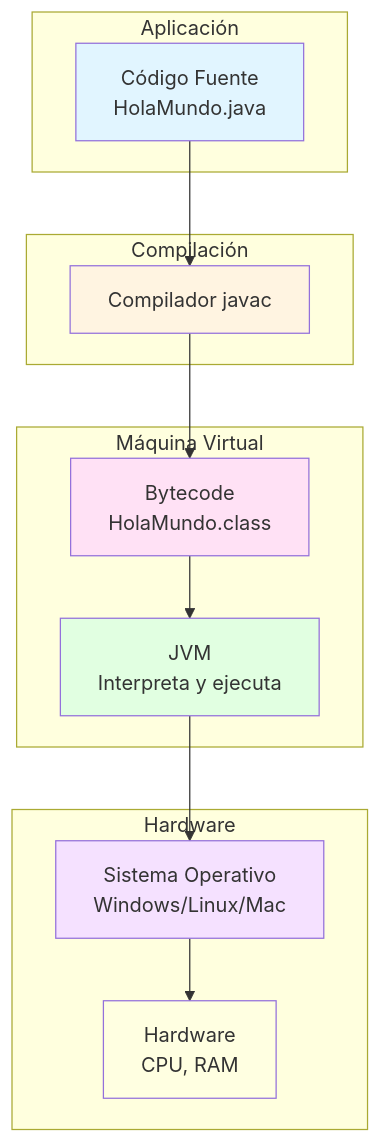
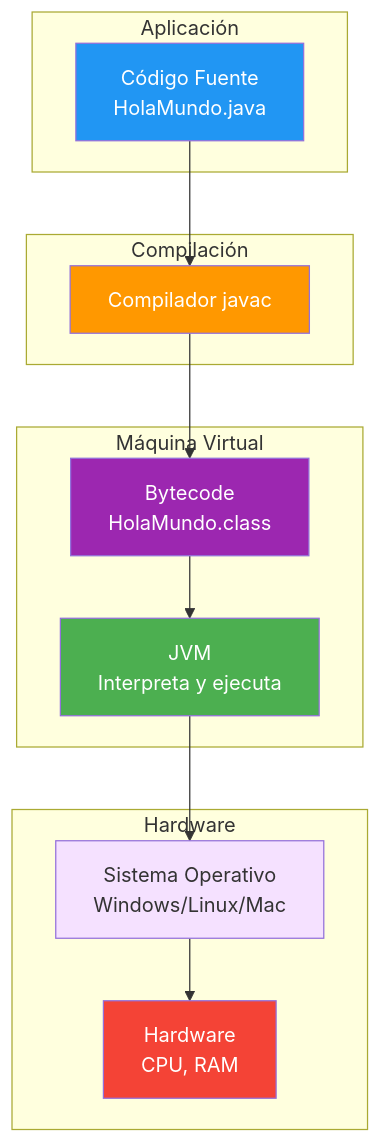
One commit to joseluisgs/EntornosDesarrollo-01-2026-2027 changed the fifth of 5 diagrams in 06-proceso-traduccion.md. Above: the diagram before and after it, drawn with Mermaid. The commit also changed other lines of this file and 9 other files, not shown here.

Commit message:
[fix] Mejoras didácticas y corrección de colores Mermaid en UD01

````diff
--- a/06-proceso-traduccion.md
+++ b/06-proceso-traduccion.md
@@ -300,33 +300,33 @@
 ```mermaid
 graph TB
     subgraph Aplicación
         A[Código Fuente<br/>HolaMundo.java]
     end
 
     subgraph Compilación
         B[Compilador javac]
     end
 
     subgraph Máquina Virtual
         C[Bytecode<br/>HolaMundo.class]
         D[JVM<br/>Interpreta y ejecuta]
     end
 
     subgraph Hardware
         E[Sistema Operativo<br/>Windows/Linux/Mac]
         F[Hardware<br/>CPU, RAM]
     end
 
     A --> B
     B --> C
     C --> D
     D --> E
     E --> F
 
-    style A fill:#e1f5ff
-    style B fill:#fff4e1
-    style C fill:#ffe1f5
-    style D fill:#e1ffe1
+    style A fill:#2196F3,color:#fff
+    style B fill:#FF9800,color:#fff
+    style C fill:#9C27B0,color:#fff
+    style D fill:#4CAF50,color:#fff
     style E fill:#f5e1ff
-    style F fill:#ffffe1
+    style F fill:#f44336,color:#fff
 ```
````
